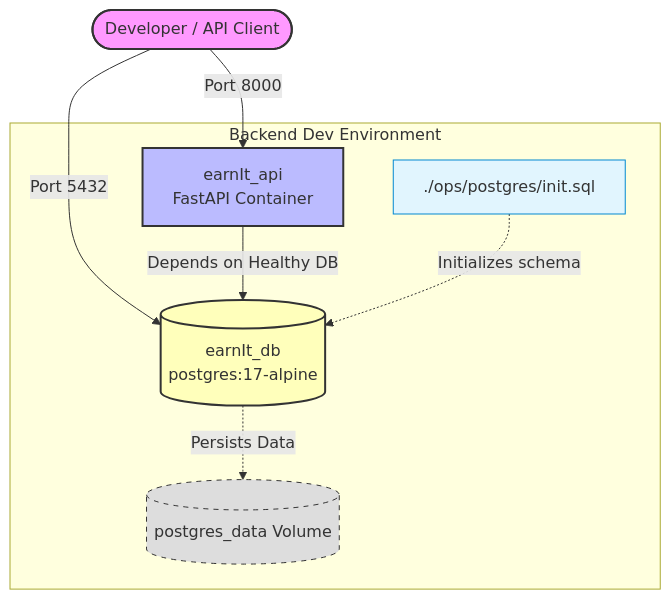
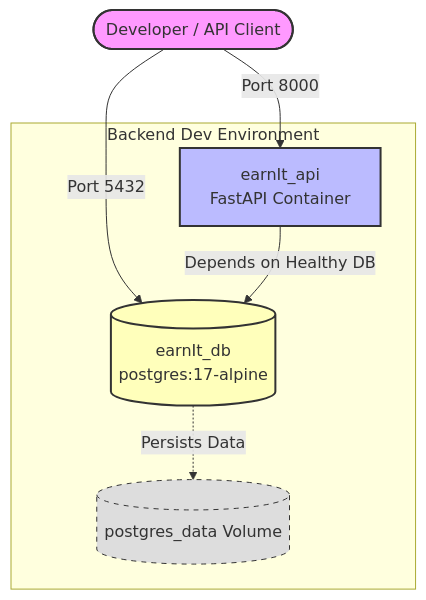
The second of 3 diagrams in README.md (Pedrocrlx/EarnIt), drawn with Mermaid before and after one commit. The commit also changed 25 other files, not shown here.

````diff
--- a/README.md
+++ b/README.md
@@ -66,32 +66,29 @@
 ```mermaid
 graph TD
     %% External Developer Access
     Dev([Developer / API Client]) -->|Port 8000| API
     Dev -->|Port 5432| DB
 
     %% Backend Environment Subgraph
     subgraph Backend_Stack [Backend Dev Environment]
         
         %% API Service
         API[earnIt_api <br> FastAPI Container]
         
         %% DB Service
         DB[(earnIt_db <br> postgres:17-alpine)]
         
         %% Data and Init Configs
         PostgresVolume[(postgres_data Volume)]
-        InitSQL["./ops/postgres/init.sql"]
     end
 
     %% Dependencies and Mounts
     API -->|Depends on Healthy DB| DB
     DB -.->|Persists Data| PostgresVolume
-    InitSQL -.->|Initializes schema| DB
 
     %% Styling
     style Dev fill:#f9f,stroke:#333,stroke-width:2px
     style API fill:#bbf,stroke:#333,stroke-width:2px
     style DB fill:#ffb,stroke:#333,stroke-width:2px
     style PostgresVolume fill:#ddd,stroke:#333,stroke-width:1px,stroke-dasharray: 5 5
-    style InitSQL fill:#e1f5fe,stroke:#0288d1,stroke-width:1px
 ```
````
